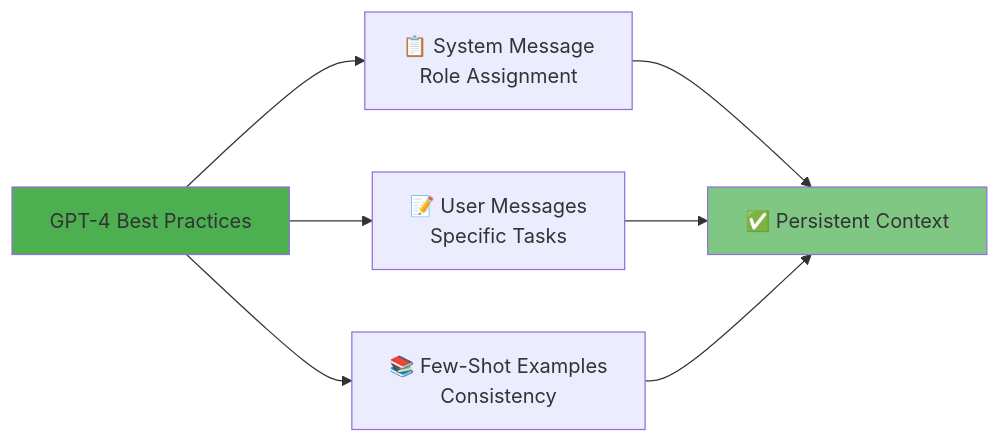
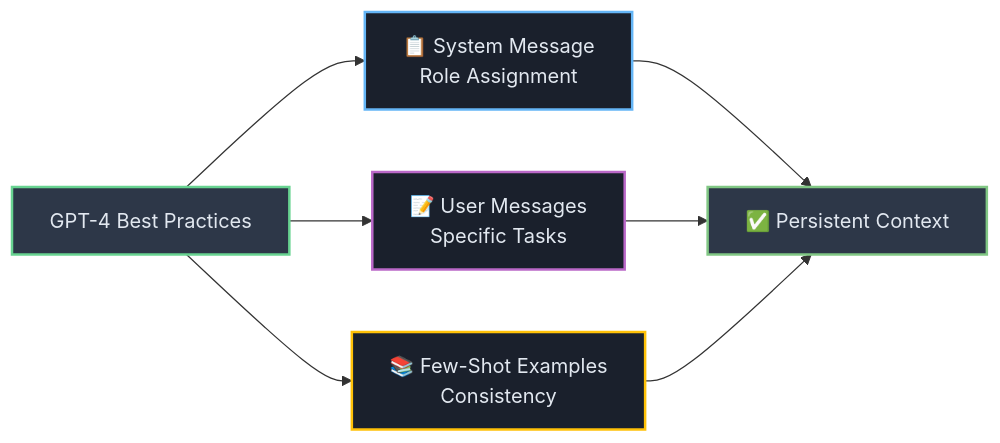
One commit to josemlopez/prompt_tutorial changed the second of 7 diagrams in Part_I_Section_3_Model-Specific_Blueprints_and_Advanced_Techniques.md. Above: the diagram before and after it, drawn with Mermaid. The commit also changed other lines of this file and 7 other files, not shown here.

````diff
--- a/Part_I_Section_3_Model-Specific_Blueprints_and_Advanced_Techniques.md
+++ b/Part_I_Section_3_Model-Specific_Blueprints_and_Advanced_Techniques.md
@@ -44,13 +44,16 @@
 ```mermaid
 graph LR
-    A[GPT-4 Best Practices] --> B[📋 System Message<br/>Role Assignment]
-    A --> C[📝 User Messages<br/>Specific Tasks]
-    A --> D[📚 Few-Shot Examples<br/>Consistency]
-    
-    B --> E[✅ Persistent Context]
-    C --> E
-    D --> E
-    
-    style A fill:#4caf50
-    style E fill:#81c784
+   A[GPT-4 Best Practices] --> B[📋 System Message<br/>Role Assignment]
+   A --> C[📝 User Messages<br/>Specific Tasks]
+   A --> D[📚 Few-Shot Examples<br/>Consistency]
+   
+   B --> E[✅ Persistent Context]
+   C --> E
+   D --> E
+   
+   style A fill:#2d3748,stroke:#68d391,stroke-width:2px,color:#e2e8f0
+   style B fill:#1a202c,stroke:#64b5f6,stroke-width:2px,color:#e2e8f0
+   style C fill:#1a202c,stroke:#ba68c8,stroke-width:2px,color:#e2e8f0
+   style D fill:#1a202c,stroke:#ffc107,stroke-width:2px,color:#e2e8f0
+   style E fill:#2d3748,stroke:#81c784,stroke-width:2px,color:#e2e8f0
 ```
````
